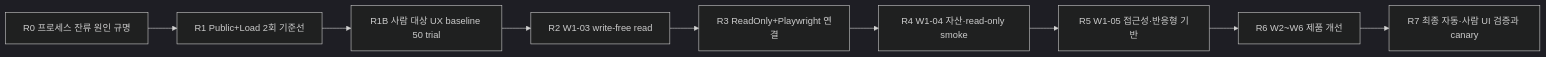
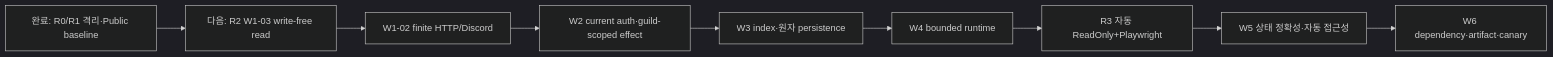
One commit to Ayumudayo/Dynamo changed the diagram in DYNAMO_REMAINING_WORK_PLAN.md. Above: the diagram before and after it, drawn with Mermaid (dark theme). The commit also changed other lines of this file and 2 other files, not shown here.

````diff
--- a/DYNAMO_REMAINING_WORK_PLAN.md
+++ b/DYNAMO_REMAINING_WORK_PLAN.md
@@ -61,11 +61,11 @@
 ```mermaid
 flowchart LR
-    A["R0 프로세스 잔류 원인 규명"] --> B["R1 Public+Load 2회 기준선"]
-    B --> C["R1B 사람 대상 UX baseline 50 trial"]
-    C --> D["R2 W1-03 write-free read"]
-    D --> E["R3 ReadOnly+Playwright 연결"]
-    E --> F["R4 W1-04 자산·read-only smoke"]
-    F --> G["R5 W1-05 접근성·반응형 기반"]
-    G --> H["R6 W2~W6 제품 개선"]
-    H --> I["R7 최종 자동·사람 UI 검증과 canary"]
+    A["완료: R0/R1 격리·Public baseline"] --> B["다음: R2 W1-03 write-free read"]
+    B --> C["W1-02 finite HTTP/Discord"]
+    C --> D["W2 current auth·guild-scoped effect"]
+    D --> E["W3 index·원자 persistence"]
+    E --> F["W4 bounded runtime"]
+    F --> G["R3 자동 ReadOnly+Playwright"]
+    G --> H["W5 상태 정확성·자동 접근성"]
+    H --> I["W6 dependency·artifact·canary"]
 ```
````
